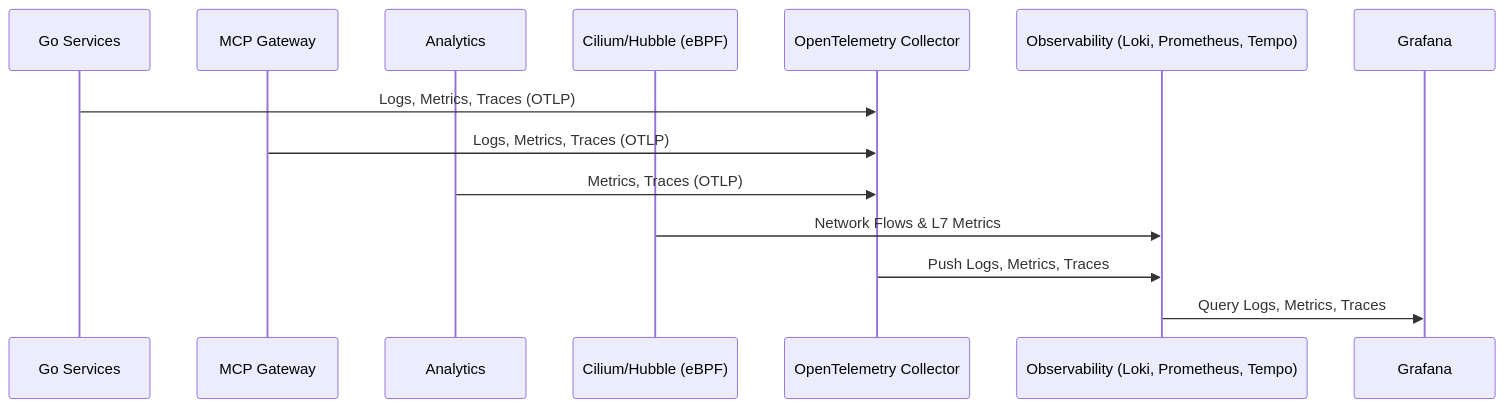
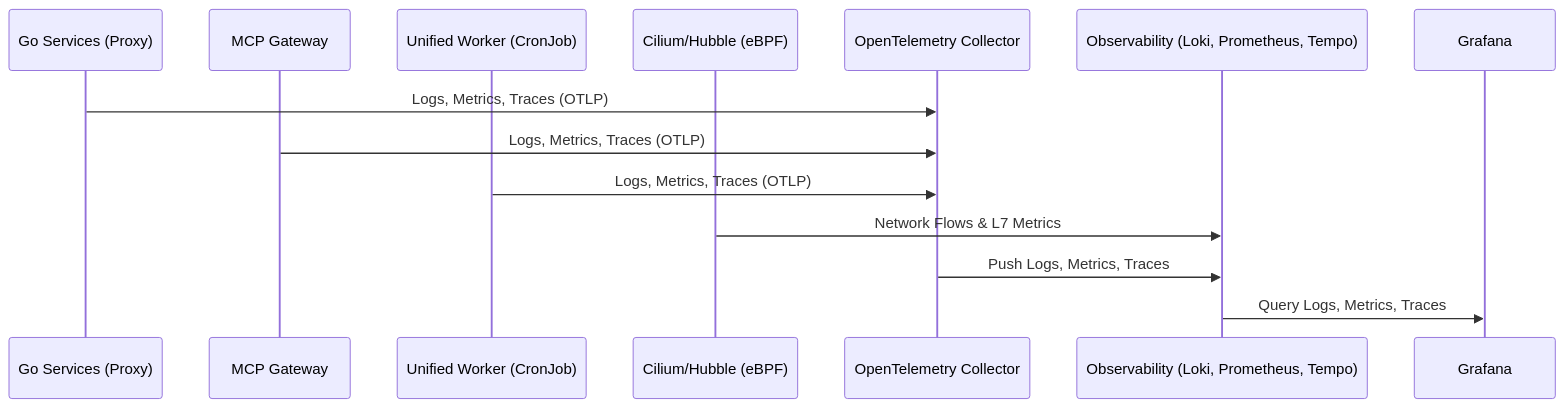
Before and after one commit to victoriacheng15/observability-hub: the diagram in docs/architecture/infrastructure/deployment.md, drawn with Mermaid. The commit also changed other lines of this file and 17 other files, not shown here.

Commit message:
docs: synchronize platform architecture and guides with unified worker (#429)

````diff
--- a/docs/architecture/infrastructure/deployment.md
+++ b/docs/architecture/infrastructure/deployment.md
@@ -41,18 +40,18 @@
 ```mermaid
 sequenceDiagram
-    participant App as Go Services
+    participant App as Go Services (Proxy)
     participant MCP as MCP Gateway
-    participant Analytics_Agent as Analytics
+    participant Worker as Unified Worker (CronJob)
     participant Cilium as Cilium/Hubble (eBPF)
     participant OTel_Collector as OpenTelemetry Collector
     participant Observability as Observability (Loki, Prometheus, Tempo)
     participant Grafana as Grafana
 
     App->>OTel_Collector: Logs, Metrics, Traces (OTLP)
     MCP->>OTel_Collector: Logs, Metrics, Traces (OTLP)
-    Analytics_Agent->>OTel_Collector: Metrics, Traces (OTLP)
+    Worker->>OTel_Collector: Logs, Metrics, Traces (OTLP)
     Cilium->>Observability: Network Flows & L7 Metrics
 
     OTel_Collector->>Observability: Push Logs, Metrics, Traces
     Observability->>Grafana: Query Logs, Metrics, Traces
 ```
````
